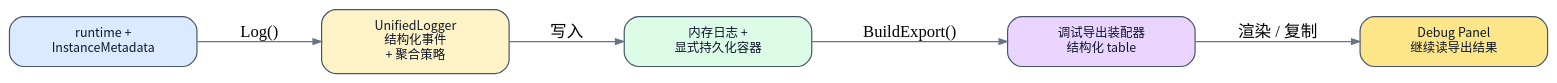
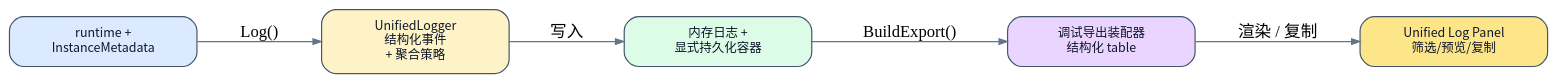
Before and after one commit to terencefan/inority-wow: the second of 3 diagrams in docs/runbook/2026-04-25/unified-logging-implementation.md, drawn with Graphviz. The commit also changed other lines of this file and 36 other files, not shown here.

Commit message:
Implement unified logging and loot panel refactor

````diff
--- a/docs/runbook/2026-04-25/unified-logging-implementation.md
+++ b/docs/runbook/2026-04-25/unified-logging-implementation.md
@@ -48,18 +48,18 @@
 ```dot
 digraph target {
   graph [rankdir=LR, bgcolor="transparent", pad="0.45", nodesep="0.7", ranksep="0.95", fontname="Noto Sans CJK SC"];
   node [shape=box, style="rounded,filled", margin="0.18,0.12", width="2.2", fontname="Noto Sans CJK SC", fontsize=10.5, color="#475569", fontcolor="#0f172a"];
   edge [color="#64748b", arrowsize="0.7"];
 
   callers [label="runtime +\nInstanceMetadata", fillcolor="#dbeafe"];
   logger [label="UnifiedLogger\n结构化事件\n+ 聚合策略", fillcolor="#fef3c7"];
   stores [label="内存日志 +\n显式持久化容器", fillcolor="#dcfce7"];
   exporter [label="调试导出装配器\n结构化 table", fillcolor="#e9d5ff"];
-  panel [label="Debug Panel\n继续读导出结果", fillcolor="#fde68a"];
+  panel [label="Unified Log Panel\n筛选/预览/复制", fillcolor="#fde68a"];
 
   callers -> logger [label="Log()"];
   logger -> stores [label="写入"];
   stores -> exporter [label="BuildExport()"];
   exporter -> panel [label="渲染 / 复制"];
 }
 ```
````
